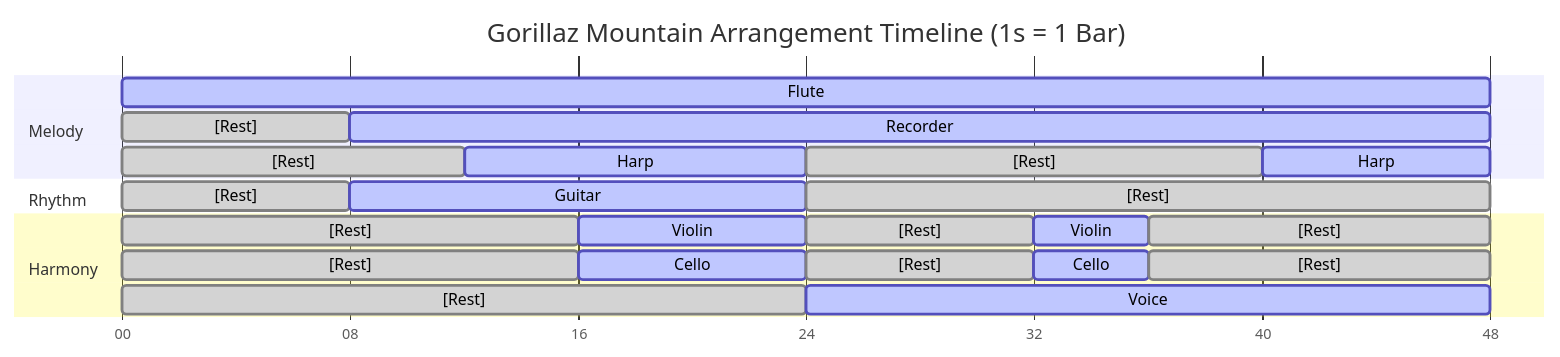
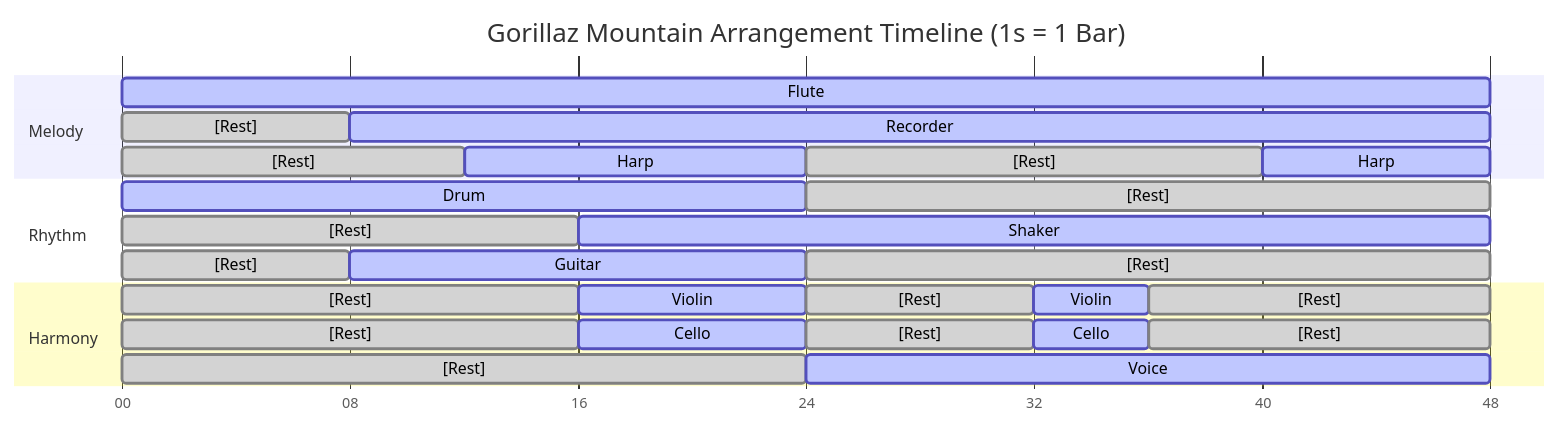
One commit to macabot/gorillaz-mountain changed the diagram in notes.md. Above: the diagram before and after it, drawn with Mermaid.

Commit message:
Add drum and shaker to gantt

````diff
--- a/notes.md
+++ b/notes.md
@@ -3,42 +3,48 @@
 ```mermaid
 ---
 displayMode: compact
 ---
 gantt
     title Gorillaz Mountain Arrangement Timeline (1s = 1 Bar)
     dateFormat mm:ss
     axisFormat %S
     tickInterval 8second
 
     section Melody
     Flute               :active, 00:00, 00:48
 
     [Rest]              :done,   00:00, 00:08
     Recorder            :active, 00:08, 00:48
 
     [Rest]              :done,   00:00, 00:12
     Harp                :active, 00:12, 00:24
     [Rest]              :done,   00:24, 00:40
     Harp                :active, 00:40, 00:48
 
     section Rhythm
+    Drum                :active, 00:00, 00:24
+    [Rest]              :done,   00:24, 00:48
+
+    [Rest]              :done,   00:00, 00:16
+    Shaker              :active, 00:16, 00:48
+
     [Rest]              :done,   00:00, 00:08
     Guitar              :active, 00:08, 00:24
     [Rest]              :done,   00:24, 00:48
 
     section Harmony
     [Rest]              :done,   00:00, 00:16
     Violin              :active, 00:16, 00:24
     [Rest]              :done,   00:24, 00:32
     Violin              :active, 00:32, 00:36
     [Rest]              :done,   00:36, 00:48
 
     [Rest]              :done,   00:00, 00:16
     Cello               :active, 00:16, 00:24
     [Rest]              :done,   00:24, 00:32
     Cello               :active, 00:32, 00:36
     [Rest]              :done,   00:36, 00:48
 
     [Rest]              :done,   00:00, 00:24
     Voice               :active, 00:24, 00:48
 ```
````
